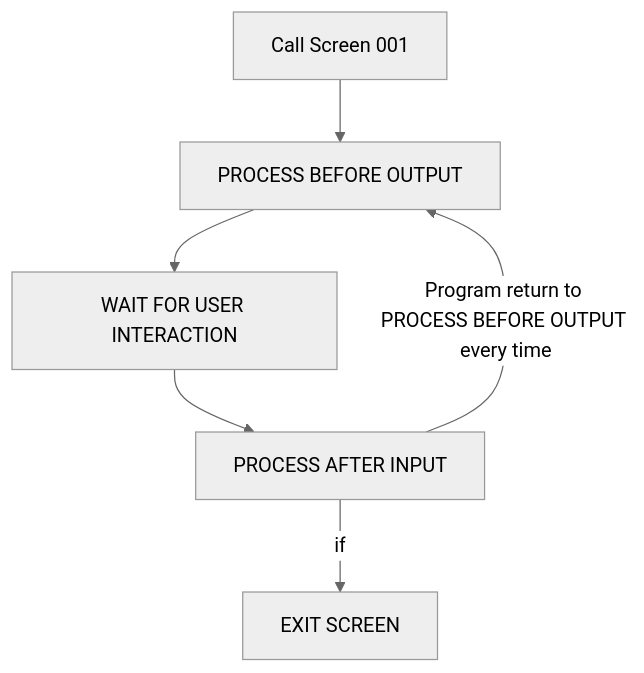
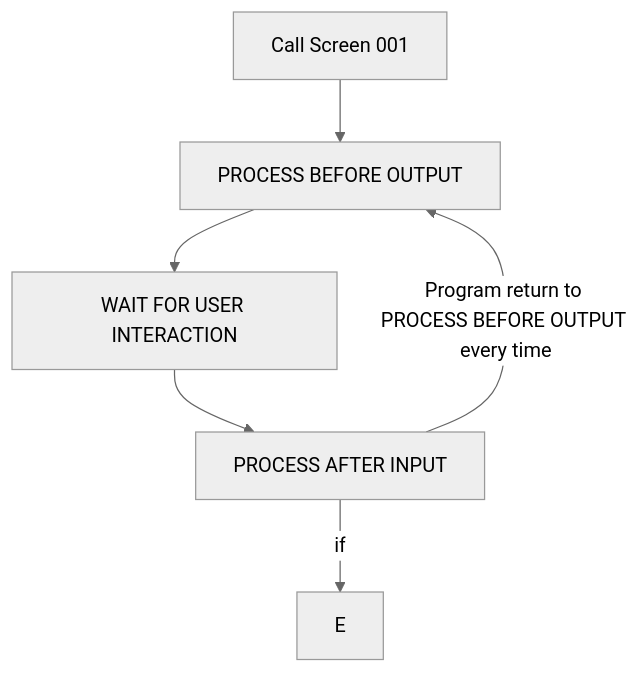
The diagram in Exercice4.md (Fabeure/ABAP-Initiation), drawn with Mermaid (neutral theme) before and after one commit.

````diff
--- a/Exercice4.md
+++ b/Exercice4.md
@@ -37,9 +37,9 @@
     ``` mermaid
       graph TD;
             A[Call Screen 001]-->B[PROCESS BEFORE OUTPUT];
             B[PROCESS BEFORE OUTPUT]-->C[WAIT FOR USER INTERACTION];
             C[WAIT FOR USER INTERACTION]-->D[PROCESS AFTER INPUT];
-            D-- if -->E[EXIT SCREEN];
+            D-- if -->E;
             D -- Program return to PROCESS BEFORE OUTPUT every time -->B;
             
     ```
````
